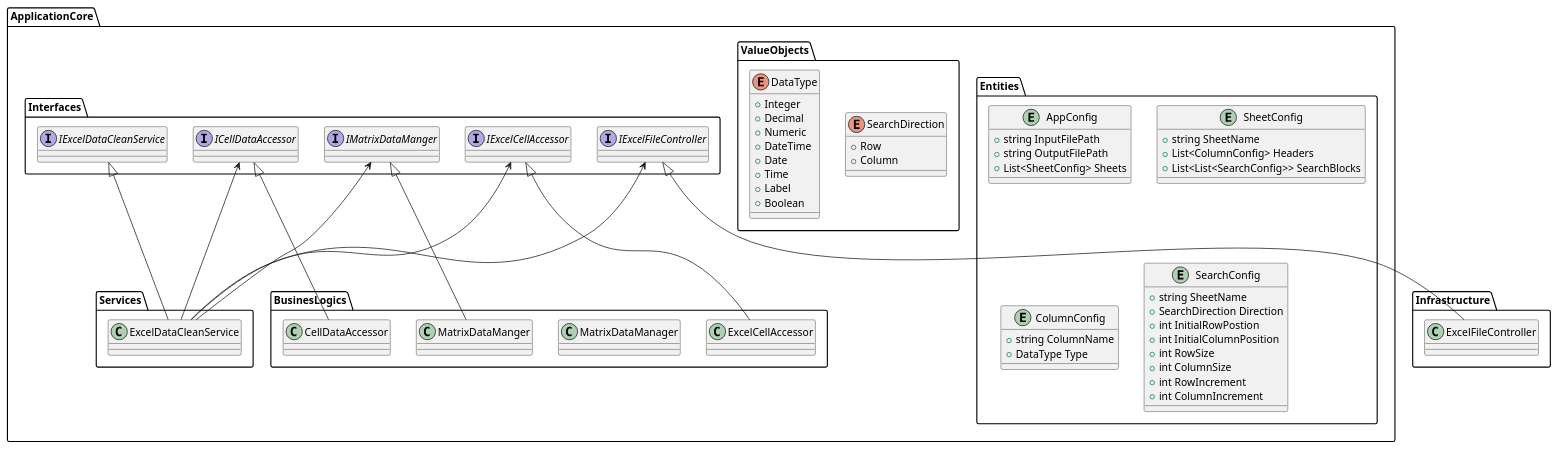
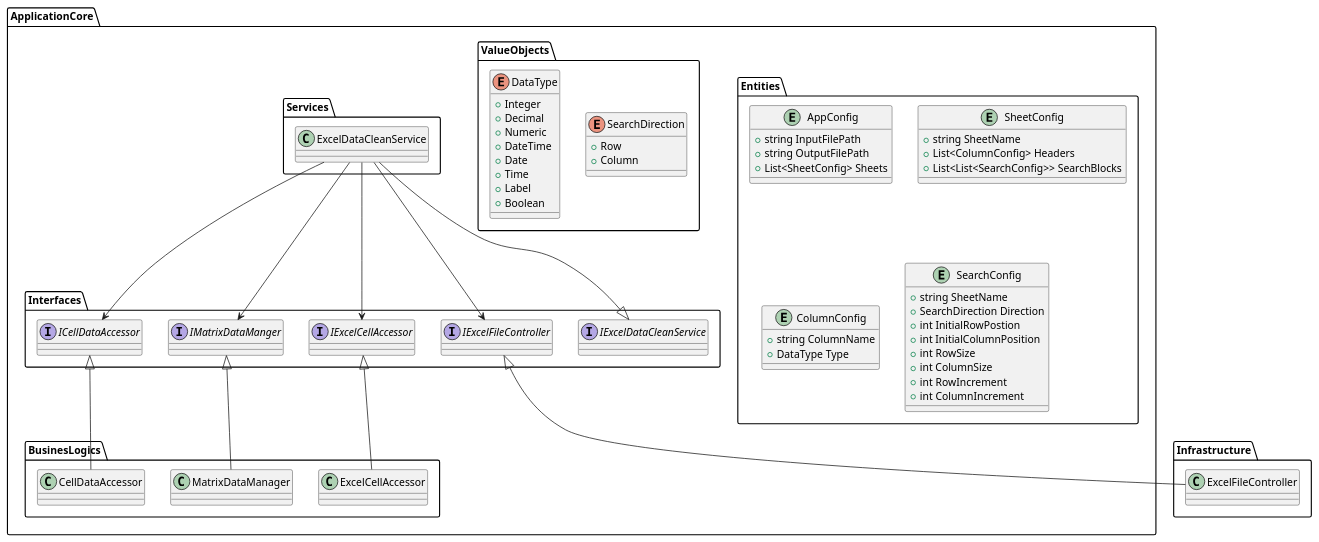
Before and after one commit to yasuaki-344/data-former: the diagram in docs/class-diagram.puml, drawn with PlantUML.

Commit message:
Update class diagram

```diff
--- a/docs/class-diagram.puml
+++ b/docs/class-diagram.puml
@@ -1,76 +1,76 @@
 @startuml class-diagram
 
 namespace ApplicationCore {
   namespace Entities {
     entity AppConfig {
       + string InputFilePath
       + string OutputFilePath
       + List<SheetConfig> Sheets
     }
     entity SheetConfig {
       + string SheetName
       + List<ColumnConfig> Headers
       + List<List<SearchConfig>> SearchBlocks
     }
     entity ColumnConfig {
       + string ColumnName
       + DataType Type
     }
     entity SearchConfig {
       + string SheetName
       + SearchDirection Direction
       + int InitialRowPostion
       + int InitialColumnPosition
       + int RowSize
       + int ColumnSize
       + int RowIncrement
       + int ColumnIncrement
     }
   }
   namespace ValueObjects {
     enum SearchDirection {
       + Row
       + Column
     }
     enum DataType {
       + Integer
       + Decimal
       + Numeric
       + DateTime
       + Date
       + Time
       + Label
       + Boolean
     }
   }
   namespace Interfaces {
     interface IExcelDataCleanService
     interface IExcelFileController
     interface IExcelCellAccessor
     interface IMatrixDataManger
     interface ICellDataAccessor
   }
   namespace Services {
     class ExcelDataCleanService
   }
   namespace BusinesLogics {
     class ExcelCellAccessor
     class MatrixDataManager
     class CellDataAccessor
   }
 }
 namespace Infrastructure {
   class ExcelFileController
 }
 ApplicationCore.Interfaces.IExcelDataCleanService <|-- ApplicationCore.Services.ExcelDataCleanService
 ApplicationCore.Interfaces.IExcelCellAccessor <|-- ApplicationCore.BusinesLogics.ExcelCellAccessor
-ApplicationCore.Interfaces.IMatrixDataManger <|-- ApplicationCore.BusinesLogics.MatrixDataManger
+ApplicationCore.Interfaces.IMatrixDataManger <|-- ApplicationCore.BusinesLogics.MatrixDataManager
 ApplicationCore.Interfaces.ICellDataAccessor <|-- ApplicationCore.BusinesLogics.CellDataAccessor
 ApplicationCore.Interfaces.IExcelFileController <|-- Infrastructure.ExcelFileController
 
-ApplicationCore.Interfaces.IExcelFileController <-- ApplicationCore.Services.ExcelDataCleanService
-ApplicationCore.Interfaces.IExcelCellAccessor <-- ApplicationCore.Services.ExcelDataCleanService
-ApplicationCore.Interfaces.IMatrixDataManger <-- ApplicationCore.Services.ExcelDataCleanService
-ApplicationCore.Interfaces.ICellDataAccessor <-- ApplicationCore.Services.ExcelDataCleanService
+ApplicationCore.Services.ExcelDataCleanService --> ApplicationCore.Interfaces.IExcelFileController
+ApplicationCore.Services.ExcelDataCleanService --> ApplicationCore.Interfaces.IExcelCellAccessor
+ApplicationCore.Services.ExcelDataCleanService --> ApplicationCore.Interfaces.IMatrixDataManger
+ApplicationCore.Services.ExcelDataCleanService --> ApplicationCore.Interfaces.ICellDataAccessor
 
 @enduml
```
